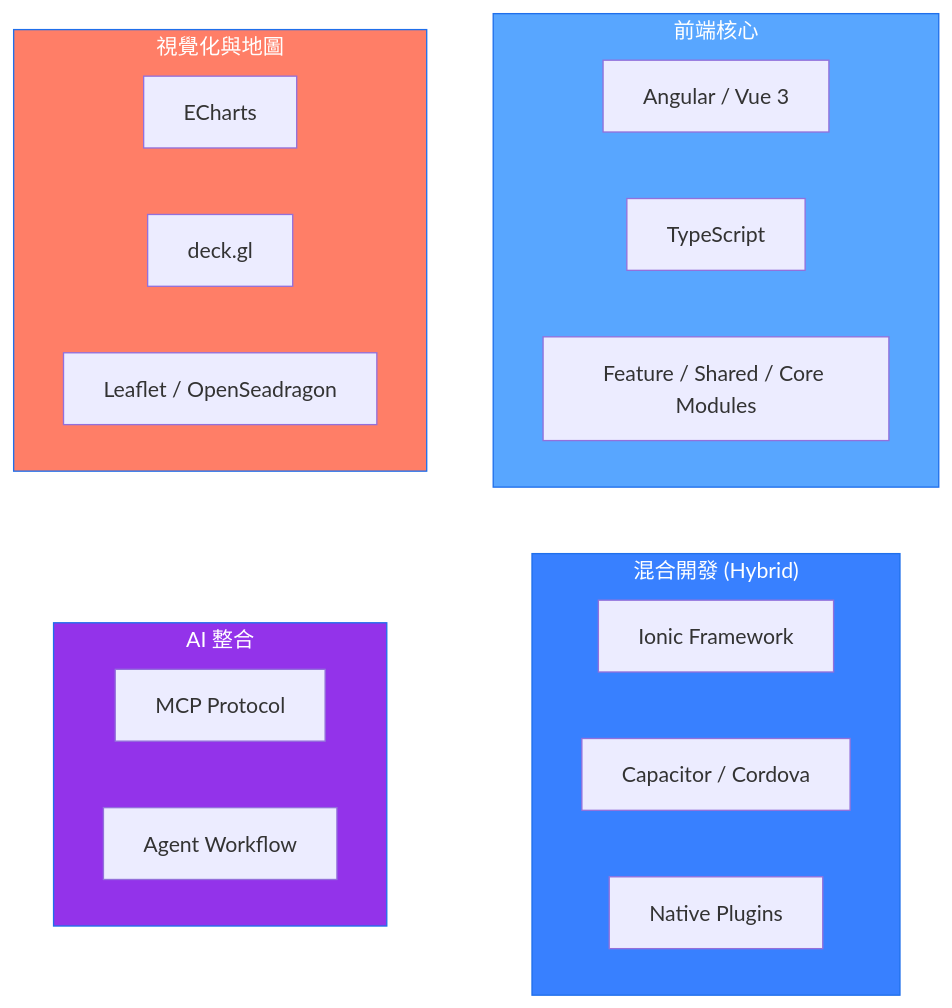
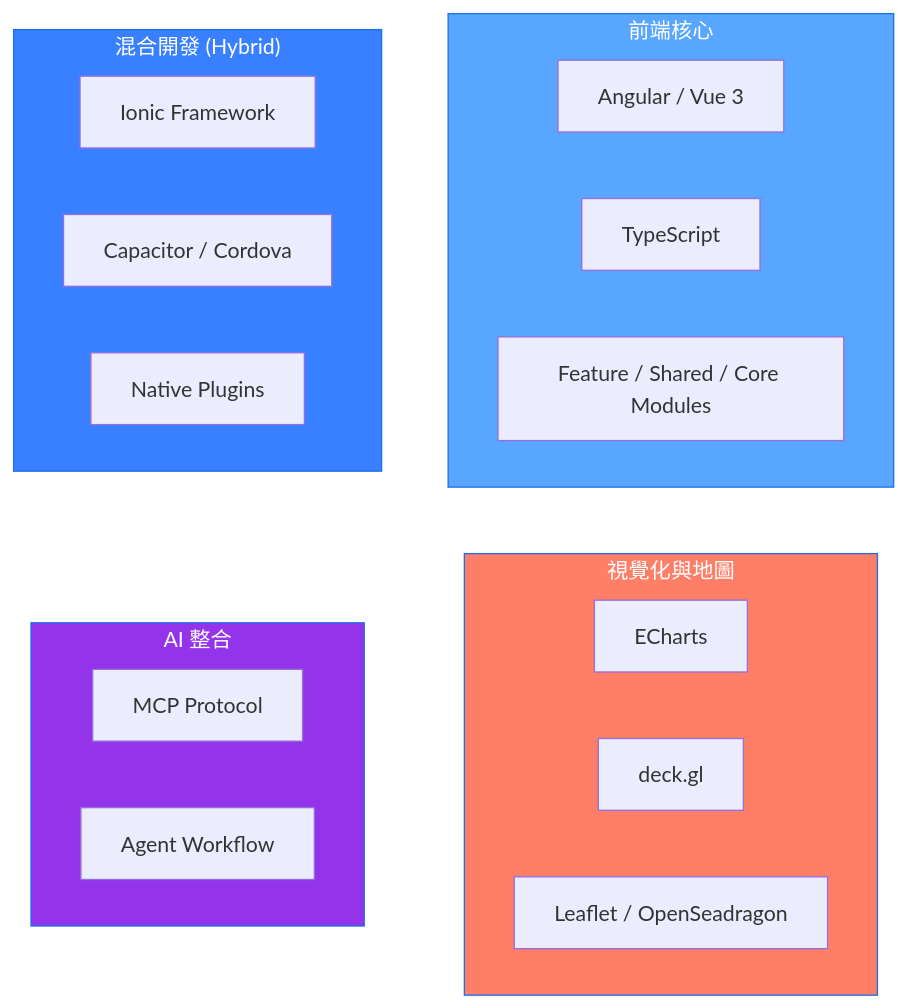
The diagram in README.md (Yang-tzu-yi/Yang-tzu-yi), drawn with Mermaid before and after one commit.

````diff
--- a/README.md
+++ b/README.md
@@ -58,33 +58,34 @@
 ```mermaid
 graph TB
     subgraph Frontend["前端核心"]
         A1[Angular / Vue 3]
         A2[TypeScript]
         A3[Feature / Shared / Core Modules]
     end
 
     subgraph Mobile["混合開發 (Hybrid)"]
         M1[Ionic Framework]
         M2[Capacitor / Cordova]
         M3[Native Plugins]
     end
     
     subgraph Visualization["視覺化與地圖"]
         B1[ECharts]
         B2[deck.gl]
         B3[Leaflet / OpenSeadragon]
     end
     
     subgraph AI["AI 整合"]
         C1[MCP Protocol]
         C2[Agent Workflow]
     end
 
-    Frontend ~~~ Mobile
-    Visualization ~~~ AI
+    %% 2x2 Grid Layout
+    Frontend ~~~ Visualization
+    Mobile ~~~ AI
     
     style Frontend fill:#58A6FF,stroke:#1F6FEB,color:#fff
     style Mobile fill:#3880FF,stroke:#1F6FEB,color:#fff
     style Visualization fill:#FF7E67,stroke:#1F6FEB,color:#fff
     style AI fill:#9333EA,stroke:#1F6FEB,color:#fff
 ```
````
